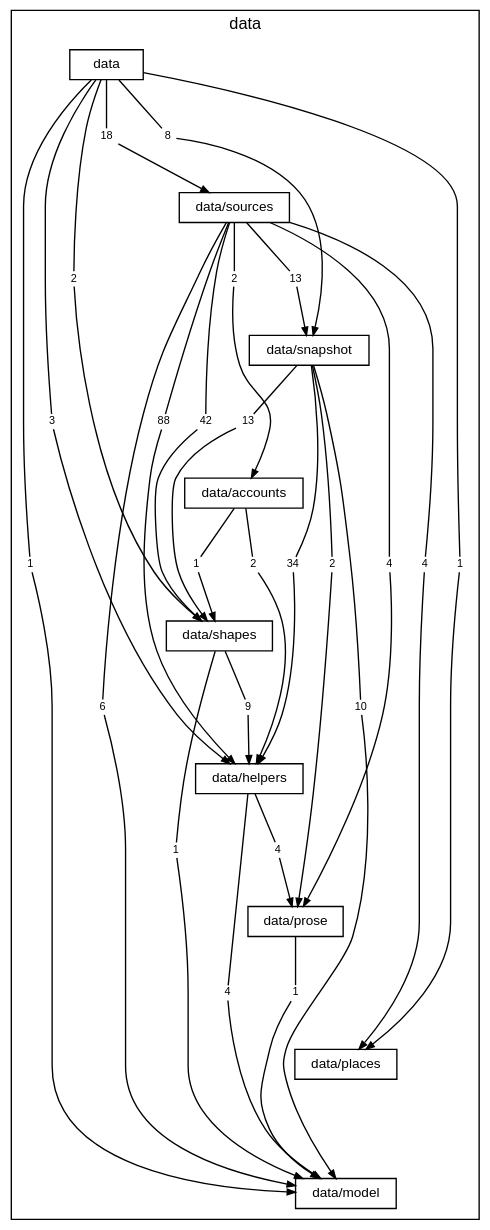
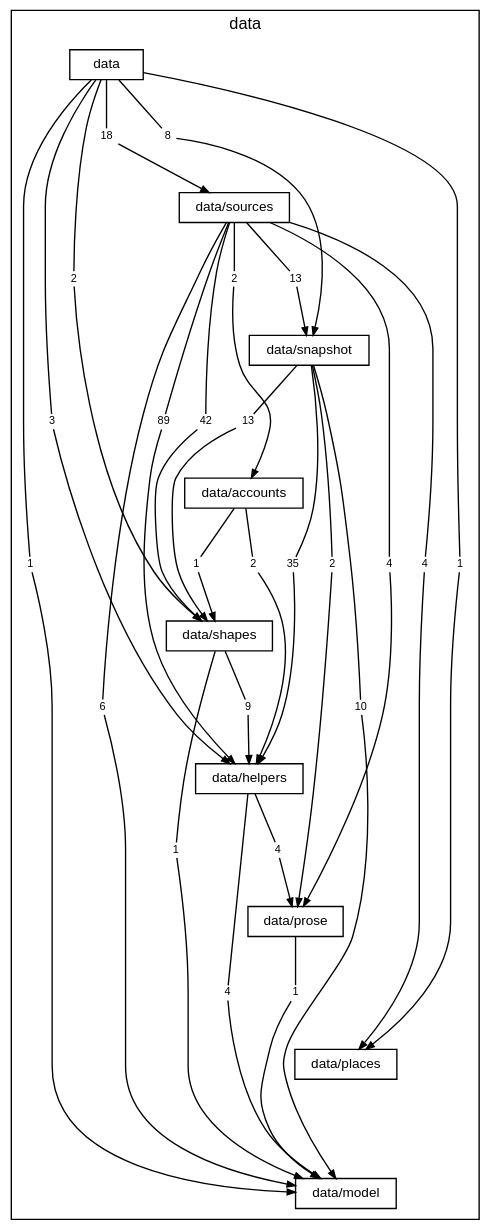
One commit to TheAxeC/oculus changed the diagram in docs/diagrams/layer-data.dot. Above: the diagram before and after it, drawn with Graphviz. The commit also changed 80 other files, not shown here.

```diff
--- a/docs/diagrams/layer-data.dot
+++ b/docs/diagrams/layer-data.dot
@@ -1,97 +1,97 @@
 digraph layer_data {
     graph [bgcolor="transparent", rankdir=TB, newrank=true, mclimit=4, fontname="Helvetica", fontsize=12, nodesep=0.2, ranksep=0.5];
     node [shape=box, color="black", fontcolor="black", fontname="Helvetica", fontsize=10, height=0.3, margin="0.12,0.04"];
     edge [color="black", fontcolor="black", fontname="Helvetica", fontsize=8, arrowsize=0.6];
     subgraph "cluster_data" {
         label="data"; style=solid;
         "folder data" [label="data"];
         "folder data/sources" [label="data/sources"];
         "folder data/snapshot" [label="data/snapshot"];
         "folder data/accounts" [label="data/accounts"];
         "folder data/shapes" [label="data/shapes"];
         "folder data/helpers" [label="data/helpers"];
         "folder data/prose" [label="data/prose"];
         "folder data/places" [label="data/places"];
         "folder data/model" [label="data/model"];
         "folder data to folder data/helpers" [label="3", shape=box, color="transparent", fontsize=8, width=0, height=0, margin="0.04,0.02"];
         "folder data to folder data/model" [label="1", shape=box, color="transparent", fontsize=8, width=0, height=0, margin="0.04,0.02"];
         "folder data to folder data/places" [label="1", shape=box, color="transparent", fontsize=8, width=0, height=0, margin="0.04,0.02"];
         "folder data to folder data/shapes" [label="2", shape=box, color="transparent", fontsize=8, width=0, height=0, margin="0.04,0.02"];
         "folder data to folder data/snapshot" [label="8", shape=box, color="transparent", fontsize=8, width=0, height=0, margin="0.04,0.02"];
         "folder data to folder data/sources" [label="18", shape=box, color="transparent", fontsize=8, width=0, height=0, margin="0.04,0.02"];
         "folder data/sources to folder data/accounts" [label="2", shape=box, color="transparent", fontsize=8, width=0, height=0, margin="0.04,0.02"];
-        "folder data/sources to folder data/helpers" [label="88", shape=box, color="transparent", fontsize=8, width=0, height=0, margin="0.04,0.02"];
+        "folder data/sources to folder data/helpers" [label="89", shape=box, color="transparent", fontsize=8, width=0, height=0, margin="0.04,0.02"];
         "folder data/sources to folder data/model" [label="6", shape=box, color="transparent", fontsize=8, width=0, height=0, margin="0.04,0.02"];
         "folder data/sources to folder data/places" [label="4", shape=box, color="transparent", fontsize=8, width=0, height=0, margin="0.04,0.02"];
         "folder data/sources to folder data/prose" [label="4", shape=box, color="transparent", fontsize=8, width=0, height=0, margin="0.04,0.02"];
         "folder data/sources to folder data/shapes" [label="42", shape=box, color="transparent", fontsize=8, width=0, height=0, margin="0.04,0.02"];
         "folder data/sources to folder data/snapshot" [label="13", shape=box, color="transparent", fontsize=8, width=0, height=0, margin="0.04,0.02"];
-        "folder data/snapshot to folder data/helpers" [label="34", shape=box, color="transparent", fontsize=8, width=0, height=0, margin="0.04,0.02"];
+        "folder data/snapshot to folder data/helpers" [label="35", shape=box, color="transparent", fontsize=8, width=0, height=0, margin="0.04,0.02"];
         "folder data/snapshot to folder data/model" [label="10", shape=box, color="transparent", fontsize=8, width=0, height=0, margin="0.04,0.02"];
         "folder data/snapshot to folder data/prose" [label="2", shape=box, color="transparent", fontsize=8, width=0, height=0, margin="0.04,0.02"];
         "folder data/snapshot to folder data/shapes" [label="13", shape=box, color="transparent", fontsize=8, width=0, height=0, margin="0.04,0.02"];
         "folder data/accounts to folder data/helpers" [label="2", shape=box, color="transparent", fontsize=8, width=0, height=0, margin="0.04,0.02"];
         "folder data/accounts to folder data/shapes" [label="1", shape=box, color="transparent", fontsize=8, width=0, height=0, margin="0.04,0.02"];
         "folder data/shapes to folder data/helpers" [label="9", shape=box, color="transparent", fontsize=8, width=0, height=0, margin="0.04,0.02"];
         "folder data/shapes to folder data/model" [label="1", shape=box, color="transparent", fontsize=8, width=0, height=0, margin="0.04,0.02"];
         "folder data/helpers to folder data/model" [label="4", shape=box, color="transparent", fontsize=8, width=0, height=0, margin="0.04,0.02"];
         "folder data/helpers to folder data/prose" [label="4", shape=box, color="transparent", fontsize=8, width=0, height=0, margin="0.04,0.02"];
         "folder data/prose to folder data/model" [label="1", shape=box, color="transparent", fontsize=8, width=0, height=0, margin="0.04,0.02"];
     }
     "folder data" -> "folder data/sources" [style=invis, weight=10, minlen=2];
     "folder data/sources" -> "folder data/snapshot" [style=invis, weight=10, minlen=2];
     "folder data/snapshot" -> "folder data/accounts" [style=invis, weight=10, minlen=2];
     "folder data/accounts" -> "folder data/shapes" [style=invis, weight=10, minlen=2];
     "folder data/shapes" -> "folder data/helpers" [style=invis, weight=10, minlen=2];
     "folder data/helpers" -> "folder data/prose" [style=invis, weight=10, minlen=2];
     "folder data/prose" -> "folder data/places" [style=invis, weight=10, minlen=2];
     "folder data/places" -> "folder data/model" [style=invis, weight=10, minlen=2];
     "folder data" -> "folder data to folder data/helpers" [arrowhead=none, minlen=5, weight=10];
     "folder data to folder data/helpers" -> "folder data/helpers" [];
     "folder data" -> "folder data to folder data/model" [arrowhead=none, minlen=7, weight=10];
     "folder data to folder data/model" -> "folder data/model" [];
     "folder data" -> "folder data to folder data/places" [arrowhead=none, minlen=7, weight=10];
     "folder data to folder data/places" -> "folder data/places" [];
     "folder data" -> "folder data to folder data/shapes" [arrowhead=none, minlen=3, weight=10];
     "folder data to folder data/shapes" -> "folder data/shapes" [];
     "folder data" -> "folder data to folder data/snapshot" [arrowhead=none, minlen=1, weight=10];
     "folder data to folder data/snapshot" -> "folder data/snapshot" [];
     "folder data" -> "folder data to folder data/sources" [arrowhead=none, minlen=1, weight=10];
     "folder data to folder data/sources" -> "folder data/sources" [];
     "folder data/sources" -> "folder data/sources to folder data/accounts" [arrowhead=none, minlen=1, weight=10];
     "folder data/sources to folder data/accounts" -> "folder data/accounts" [];
     "folder data/sources" -> "folder data/sources to folder data/helpers" [arrowhead=none, minlen=3, weight=10];
     "folder data/sources to folder data/helpers" -> "folder data/helpers" [];
     "folder data/sources" -> "folder data/sources to folder data/model" [arrowhead=none, minlen=7, weight=10];
     "folder data/sources to folder data/model" -> "folder data/model" [];
     "folder data/sources" -> "folder data/sources to folder data/places" [arrowhead=none, minlen=5, weight=10];
     "folder data/sources to folder data/places" -> "folder data/places" [];
     "folder data/sources" -> "folder data/sources to folder data/prose" [arrowhead=none, minlen=5, weight=10];
     "folder data/sources to folder data/prose" -> "folder data/prose" [];
     "folder data/sources" -> "folder data/sources to folder data/shapes" [arrowhead=none, minlen=3, weight=10];
     "folder data/sources to folder data/shapes" -> "folder data/shapes" [];
     "folder data/sources" -> "folder data/sources to folder data/snapshot" [arrowhead=none, minlen=1, weight=10];
     "folder data/sources to folder data/snapshot" -> "folder data/snapshot" [];
     "folder data/snapshot" -> "folder data/snapshot to folder data/helpers" [arrowhead=none, minlen=3, weight=10];
     "folder data/snapshot to folder data/helpers" -> "folder data/helpers" [];
     "folder data/snapshot" -> "folder data/snapshot to folder data/model" [arrowhead=none, minlen=5, weight=10];
     "folder data/snapshot to folder data/model" -> "folder data/model" [];
     "folder data/snapshot" -> "folder data/snapshot to folder data/prose" [arrowhead=none, minlen=3, weight=10];
     "folder data/snapshot to folder data/prose" -> "folder data/prose" [];
     "folder data/snapshot" -> "folder data/snapshot to folder data/shapes" [arrowhead=none, minlen=1, weight=10];
     "folder data/snapshot to folder data/shapes" -> "folder data/shapes" [];
     "folder data/accounts" -> "folder data/accounts to folder data/helpers" [arrowhead=none, minlen=1, weight=10];
     "folder data/accounts to folder data/helpers" -> "folder data/helpers" [];
     "folder data/accounts" -> "folder data/accounts to folder data/shapes" [arrowhead=none, minlen=1, weight=10];
     "folder data/accounts to folder data/shapes" -> "folder data/shapes" [];
     "folder data/shapes" -> "folder data/shapes to folder data/helpers" [arrowhead=none, minlen=1, weight=10];
     "folder data/shapes to folder data/helpers" -> "folder data/helpers" [];
     "folder data/shapes" -> "folder data/shapes to folder data/model" [arrowhead=none, minlen=3, weight=10];
     "folder data/shapes to folder data/model" -> "folder data/model" [];
     "folder data/helpers" -> "folder data/helpers to folder data/model" [arrowhead=none, minlen=3, weight=10];
     "folder data/helpers to folder data/model" -> "folder data/model" [];
     "folder data/helpers" -> "folder data/helpers to folder data/prose" [arrowhead=none, minlen=1, weight=10];
     "folder data/helpers to folder data/prose" -> "folder data/prose" [];
     "folder data/prose" -> "folder data/prose to folder data/model" [arrowhead=none, minlen=1, weight=10];
     "folder data/prose to folder data/model" -> "folder data/model" [];
 }
```
